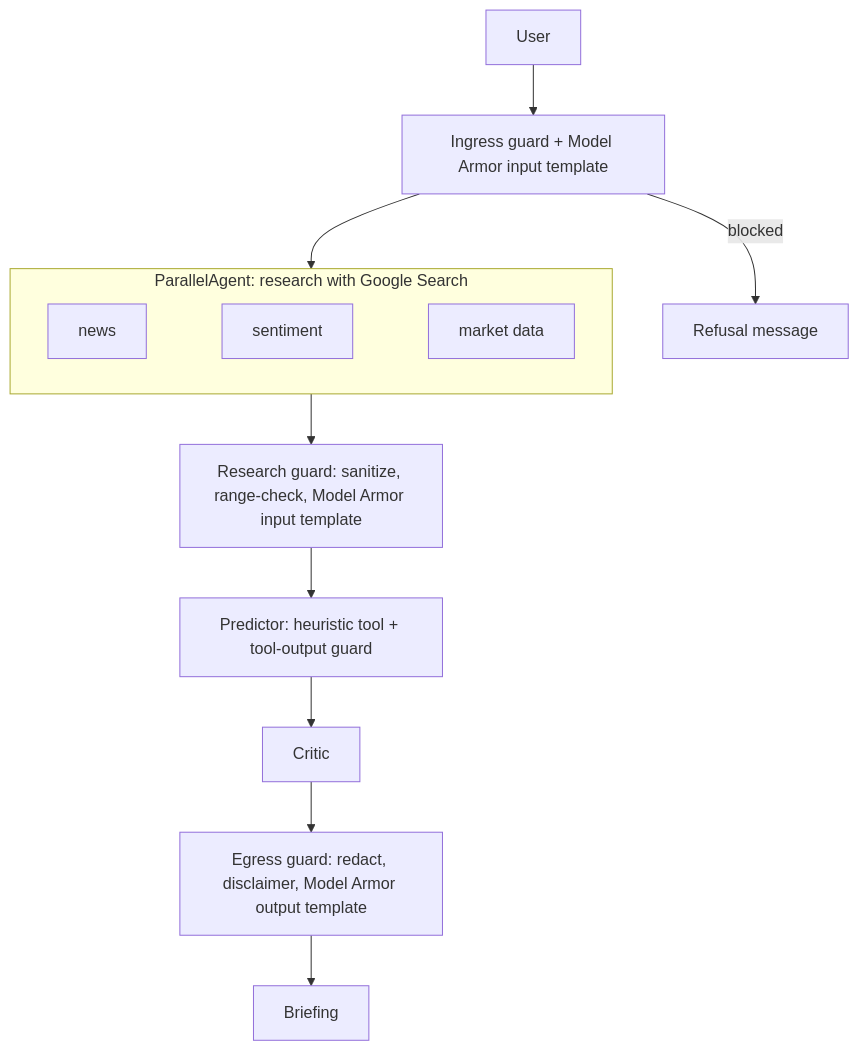
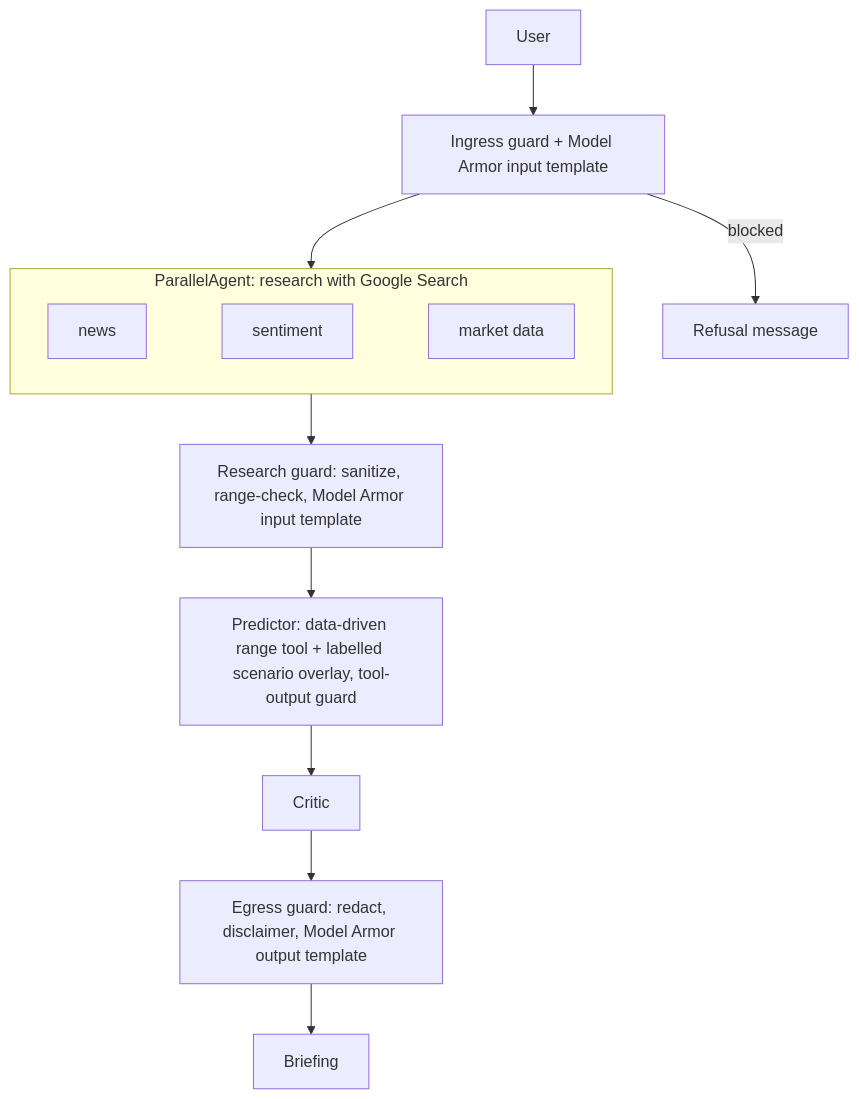
One commit to nasirtrekker/hormuz-pulse-ai-agent changed the second of 2 diagrams in README.md. Above: the diagram before and after it, drawn with Mermaid. The commit also changed other lines of this file and 1 other file, not shown here.

Commit message:
Rewrite README with UI screenshot, architecture diagram and usage guide

````diff
--- a/README.md
+++ b/README.md
@@ -138,14 +209,14 @@
 ```mermaid
 flowchart TD
     U[User] --> I[Ingress guard + Model Armor input template]
     I -->|blocked| X[Refusal message]
     I --> P
     subgraph P[ParallelAgent: research with Google Search]
         N[news] ~~~ S[sentiment] ~~~ M[market data]
     end
     P --> RG[Research guard: sanitize, range-check, Model Armor input template]
-    RG --> PR[Predictor: heuristic tool + tool-output guard]
+    RG --> PR[Predictor: data-driven range tool + labelled scenario overlay, tool-output guard]
     PR --> C[Critic]
     C --> E[Egress guard: redact, disclaimer, Model Armor output template]
     E --> O[Briefing]
 ```
````
